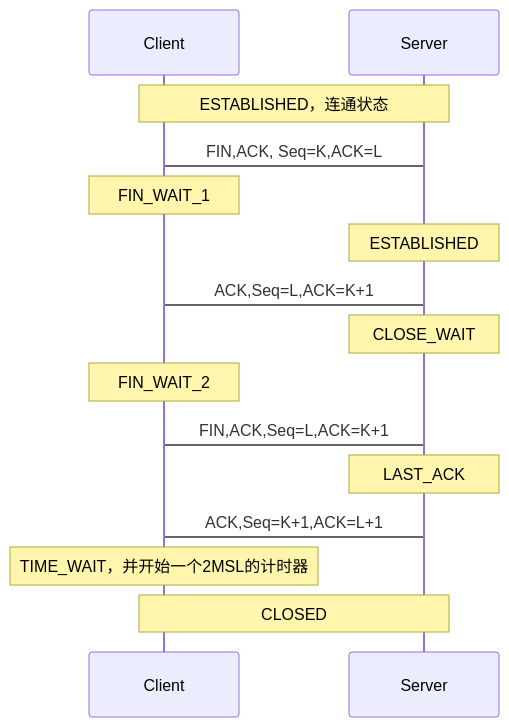
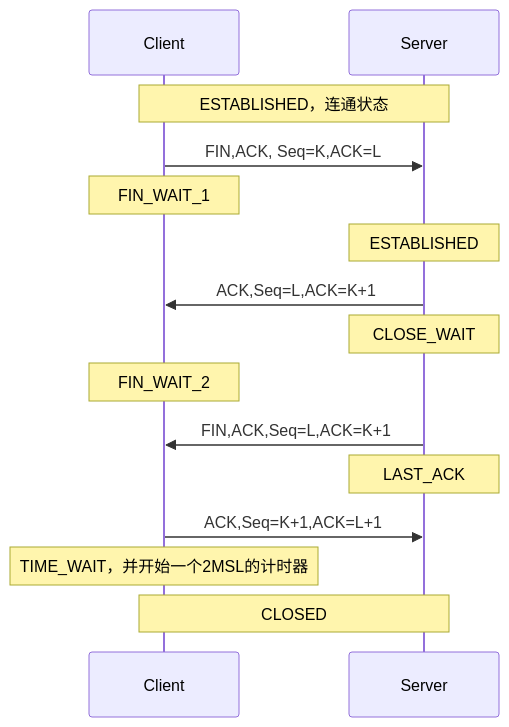
One commit to Clinan/blog changed the second of 4 diagrams in modules/technology/base/tcpip.md. Above: the diagram before and after it, drawn with Mermaid. The commit also changed other lines of this file and 1 other file, not shown here.

````diff
--- a/modules/technology/base/tcpip.md
+++ b/modules/technology/base/tcpip.md
@@ -180,16 +177,16 @@
 ```mermaid
 sequenceDiagram
 Note over Client,Server: ESTABLISHED，连通状态
-Client->Server: FIN,ACK, Seq=K,ACK=L
+Client->>Server: FIN,ACK, Seq=K,ACK=L
 note over Client: FIN_WAIT_1
 note over Server: ESTABLISHED
-Server->Client: ACK,Seq=L,ACK=K+1
+Server->>Client: ACK,Seq=L,ACK=K+1
 Note over Server: CLOSE_WAIT
 note over Client: FIN_WAIT_2
-Server->Client: FIN,ACK,Seq=L,ACK=K+1
+Server->>Client: FIN,ACK,Seq=L,ACK=K+1
 Note over Server: LAST_ACK
-Client->Server: ACK,Seq=K+1,ACK=L+1
+Client->>Server: ACK,Seq=K+1,ACK=L+1
 Note over Client:  TIME_WAIT，并开始一个2MSL的计时器
 Note over Client,Server:  CLOSED
 
 ```
````
